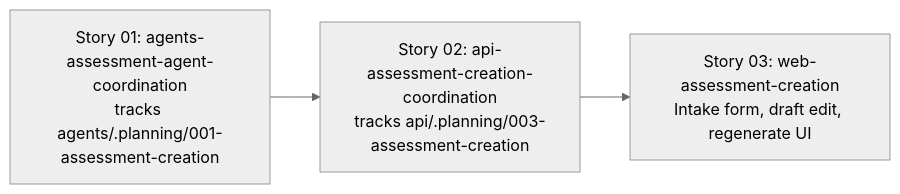
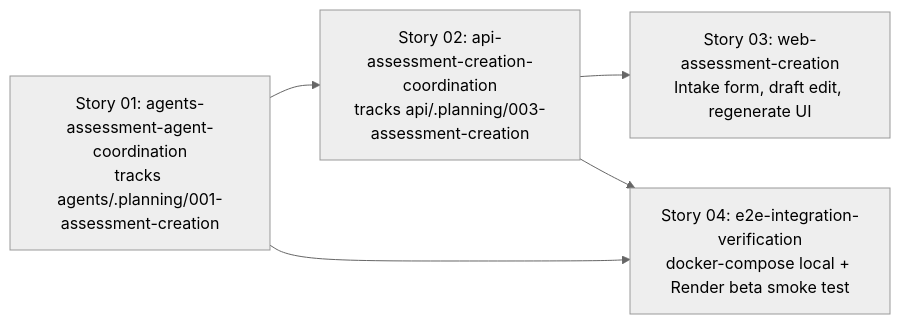
Before and after one commit to cmartinezs/grade-ops-ai: the diagram in .planning/active/008-assessment-creation/01-expansion.md, drawn with Mermaid (neutral theme). The commit also changed other lines of this file and 3 other files, not shown here.

First line of the commit message:
docs(assessment-creation): add story-04 e2e integration verification

````diff
--- a/.planning/active/008-assessment-creation/01-expansion.md
+++ b/.planning/active/008-assessment-creation/01-expansion.md
@@ -27,5 +30,7 @@
 ```mermaid
 flowchart LR
     S01[Story 01: agents-assessment-agent-coordination\ntracks agents/.planning/001-assessment-creation] --> S02[Story 02: api-assessment-creation-coordination\ntracks api/.planning/003-assessment-creation]
     S02 --> S03[Story 03: web-assessment-creation\nIntake form, draft edit, regenerate UI]
+    S01 --> S04[Story 04: e2e-integration-verification\ndocker-compose local + Render beta smoke test]
+    S02 --> S04
 ```
````
